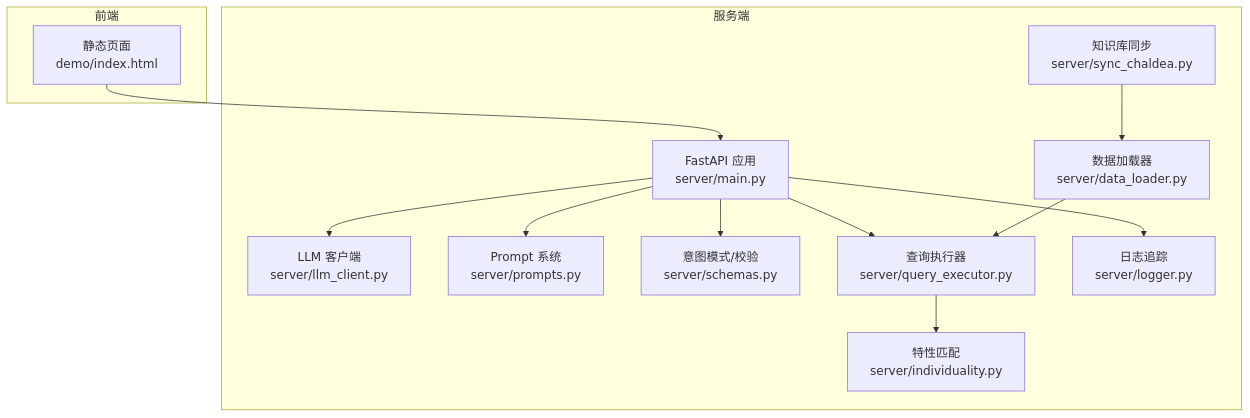
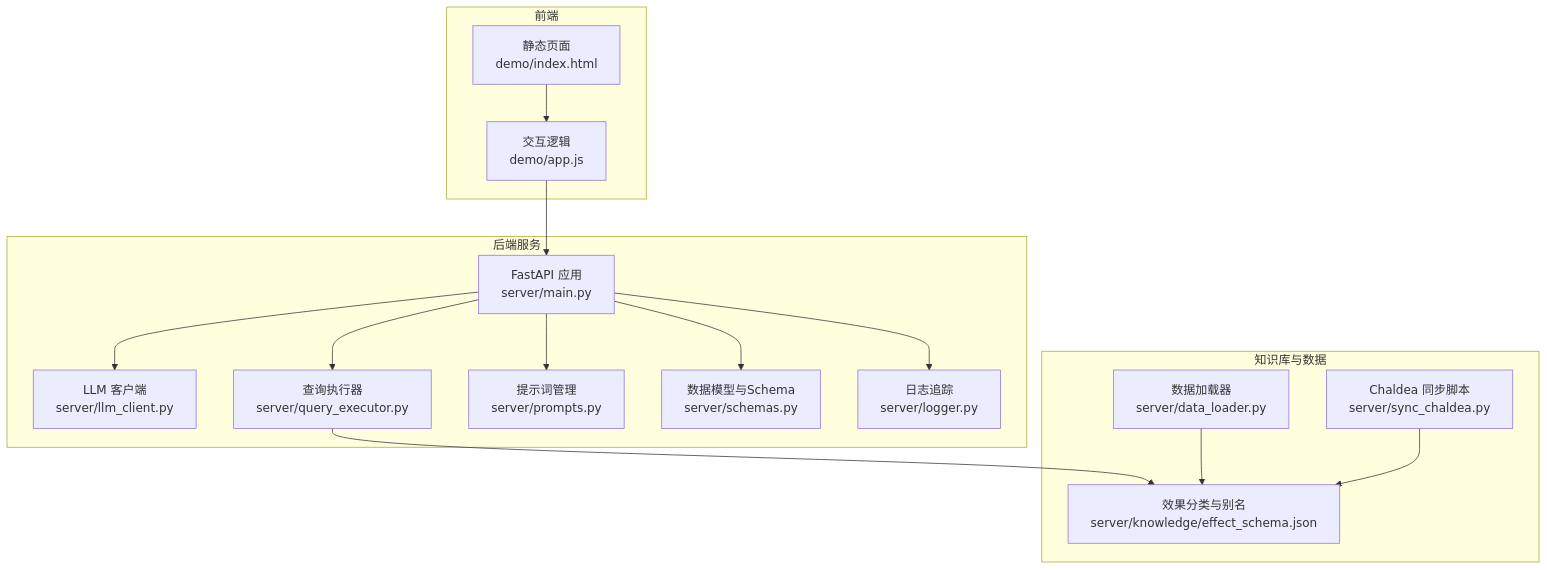
Before and after one commit to kanoha222/Laplace: the first of 6 diagrams in .qoder/repowiki/zh/content/系统架构/系统架构.md, drawn with Mermaid. The commit also changed other lines of this file and 54 other files, not shown here.

````diff
--- a/.qoder/repowiki/zh/content/系统架构/系统架构.md
+++ b/.qoder/repowiki/zh/content/系统架构/系统架构.md
@@ -50,26 +41,30 @@
 ```mermaid
 graph TB
-subgraph "服务端"
+subgraph "后端服务"
 A["FastAPI 应用<br/>server/main.py"]
 B["LLM 客户端<br/>server/llm_client.py"]
-C["Prompt 系统<br/>server/prompts.py"]
-D["意图模式/校验<br/>server/schemas.py"]
-E["查询执行器<br/>server/query_executor.py"]
+C["查询执行器<br/>server/query_executor.py"]
+D["提示词管理<br/>server/prompts.py"]
+E["数据模型与Schema<br/>server/schemas.py"]
 F["日志追踪<br/>server/logger.py"]
-G["数据加载器<br/>server/data_loader.py"]
-H["知识库同步<br/>server/sync_chaldea.py"]
-I["特性匹配<br/>server/individuality.py"]
+end
+subgraph "知识库与数据"
+G["效果分类与别名<br/>server/knowledge/effect_schema.json"]
+H["数据加载器<br/>server/data_loader.py"]
+I["Chaldea 同步脚本<br/>server/sync_chaldea.py"]
 end
 subgraph "前端"
 J["静态页面<br/>demo/index.html"]
+K["交互逻辑<br/>demo/app.js"]
 end
-J --> A
 A --> B
 A --> C
 A --> D
 A --> E
 A --> F
-G --> E
+C --> G
 H --> G
-E --> I
+I --> G
+J --> K
+K --> A
 ```
````
